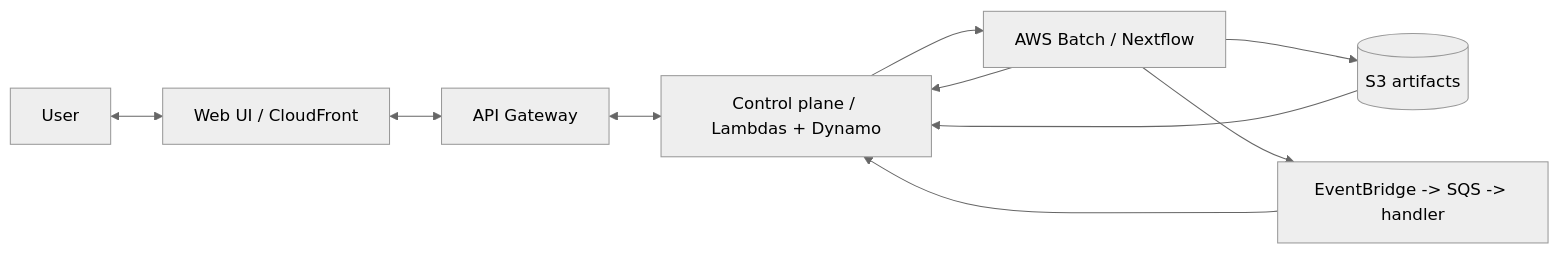
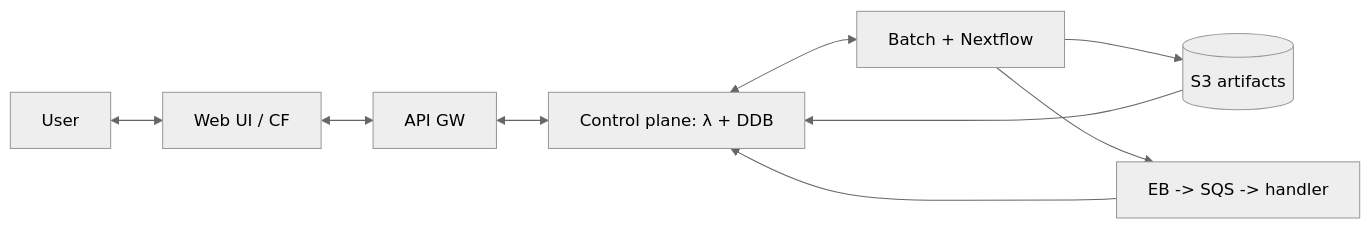
The first of 3 diagrams in README.md (achandrasek6/Covid-Mortality-Prediction), drawn with Mermaid (neutral theme) before and after one commit. The commit also changed other lines of this file, not shown here.

Commit message:
Update README with lambda symbol for functions

````diff
--- a/README.md
+++ b/README.md
@@ -213,19 +213,20 @@
 ```mermaid
 flowchart LR
-  U[User] <--> UI[Web UI / CloudFront]
-  UI <--> APIGW[API Gateway]
-  APIGW <--> CP[Control plane / Lambdas + Dynamo]
+  U[User] <--> UI[Web UI / CF]
+  UI <--> APIGW[API GW]
+  APIGW <--> CP[Control plane: λ + DDB]
 
-  CP --> BATCH[AWS Batch / Nextflow]
-  BATCH --> CP
+  CP <--> BATCH[Batch + Nextflow]
+  BATCH --> S3[(S3 artifacts)]
 
-  BATCH --> S3[(S3 artifacts)]
+  BATCH --> EP[EB -> SQS -> handler]
+  EP --> CP
   S3 --> CP
 
-  BATCH --> EP[EventBridge -> SQS -> handler]
-  EP --> CP
+
+
 
 
 
 
 ```
````
